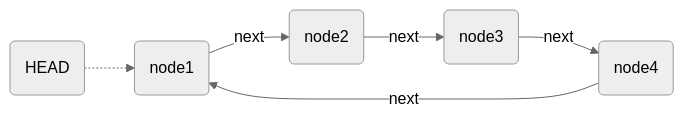
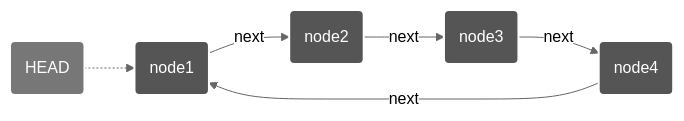
Before and after one commit to PugazharasanC/Problem-Solving-Session-Apr-10: the third of 6 diagrams in list.md, drawn with Mermaid (neutral theme). The commit also changed other lines of this file, not shown here.

````diff
--- a/list.md
+++ b/list.md
@@ -39,8 +77,14 @@
 ```mermaid
 graph LR
+    style head fill:#777777,stroke:#ffffff,stroke-width:2px,color:#ffffff
+    style node1 fill:#555555,stroke:#ffffff,stroke-width:2px,color:#ffffff
+    style node2 fill:#555555,stroke:#ffffff,stroke-width:2px,color:#ffffff
+    style node3 fill:#555555,stroke:#ffffff,stroke-width:2px,color:#ffffff
+    style node4 fill:#555555,stroke:#ffffff,stroke-width:2px,color:#ffffff
+
     head(HEAD) -.-> node1(node1)
     node1 --next--> node2(node2)
     node2 --next--> node3(node3)
     node3 --next--> node4(node4)
     node4 --next--> node1
 ```
````
